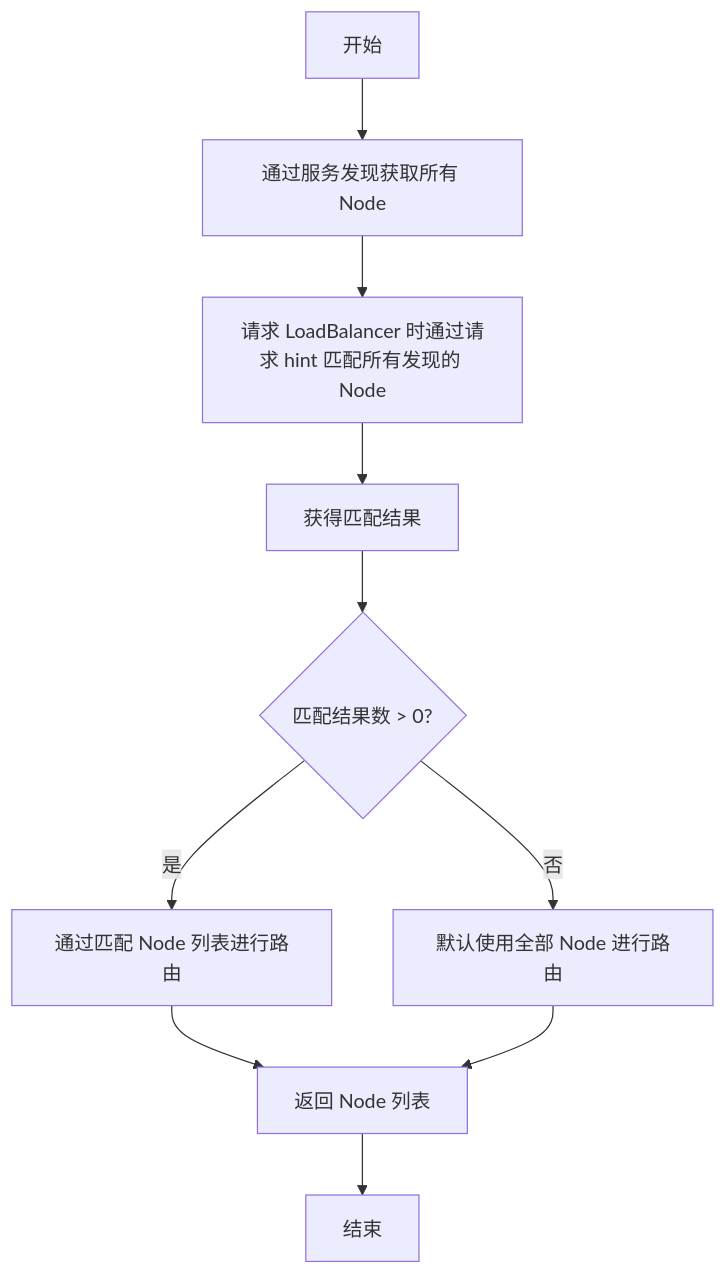
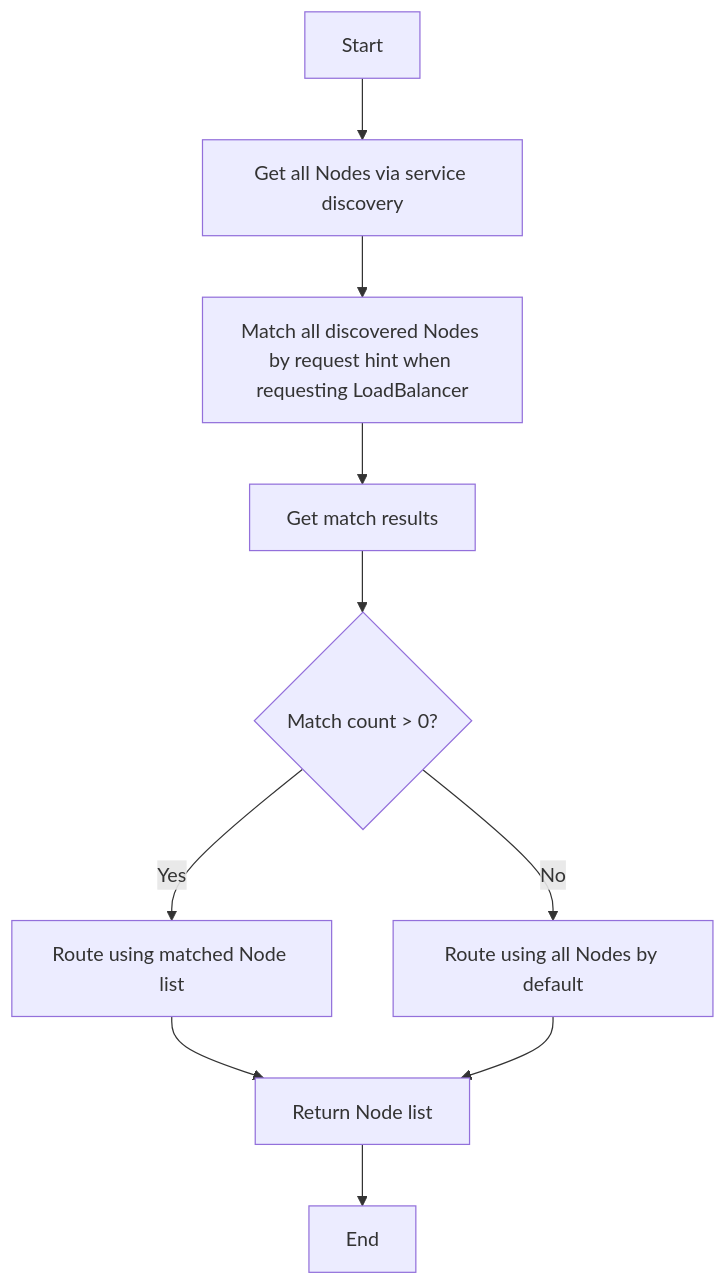
One commit to lujiafa/houtu-dependencies changed the third of 5 diagrams in spring-cloud-houtu/README.md. Above: the diagram before and after it, drawn with Mermaid. The commit also changed other lines of this file and 4 other files, not shown here.

````diff
--- a/spring-cloud-houtu/README.md
+++ b/spring-cloud-houtu/README.md
@@ -55,15 +57,15 @@
 ```mermaid
 flowchart TD
-Start[开始] --> Step1
-Step1[通过服务发现获取所有 Node] --> Step2
+Start[Start] --> Step1
+Step1[Get all Nodes via service discovery] --> Step2
 
-Step2[请求 LoadBalancer 时通过请求 hint 匹配所有发现的 Node] --> Step3
-Step3[获得匹配结果] --> CheckMatchResult
+Step2[Match all discovered Nodes by request hint when requesting LoadBalancer] --> Step3
+Step3[Get match results] --> CheckMatchResult
 
-CheckMatchResult{"匹配结果数 > 0?"} -->|是| Step4
-CheckMatchResult -->|否| Step5
-Step4[通过匹配 Node 列表进行路由] --> Step6
-Step5[默认使用全部 Node 进行路由] --> Step6
-Step6[返回 Node 列表] --> End
-End[结束]
+CheckMatchResult{"Match count > 0?"} -->|Yes| Step4
+CheckMatchResult -->|No| Step5
+Step4[Route using matched Node list] --> Step6
+Step5[Route using all Nodes by default] --> Step6
+Step6[Return Node list] --> End
+End[End]
 ```
````
